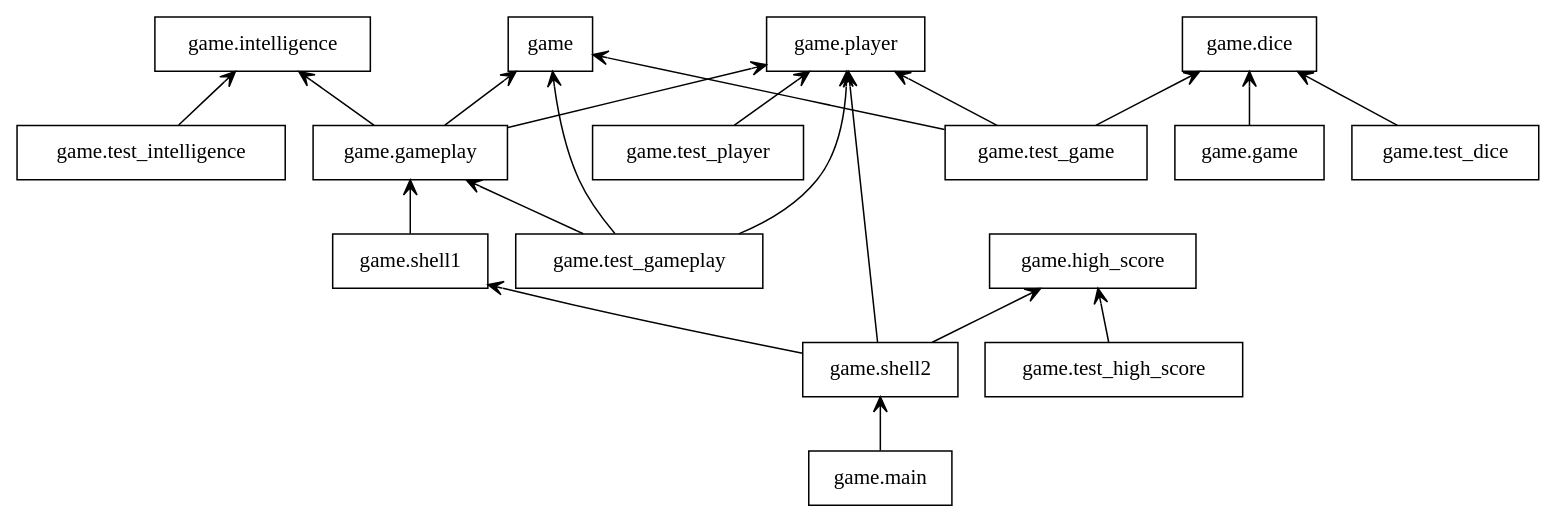
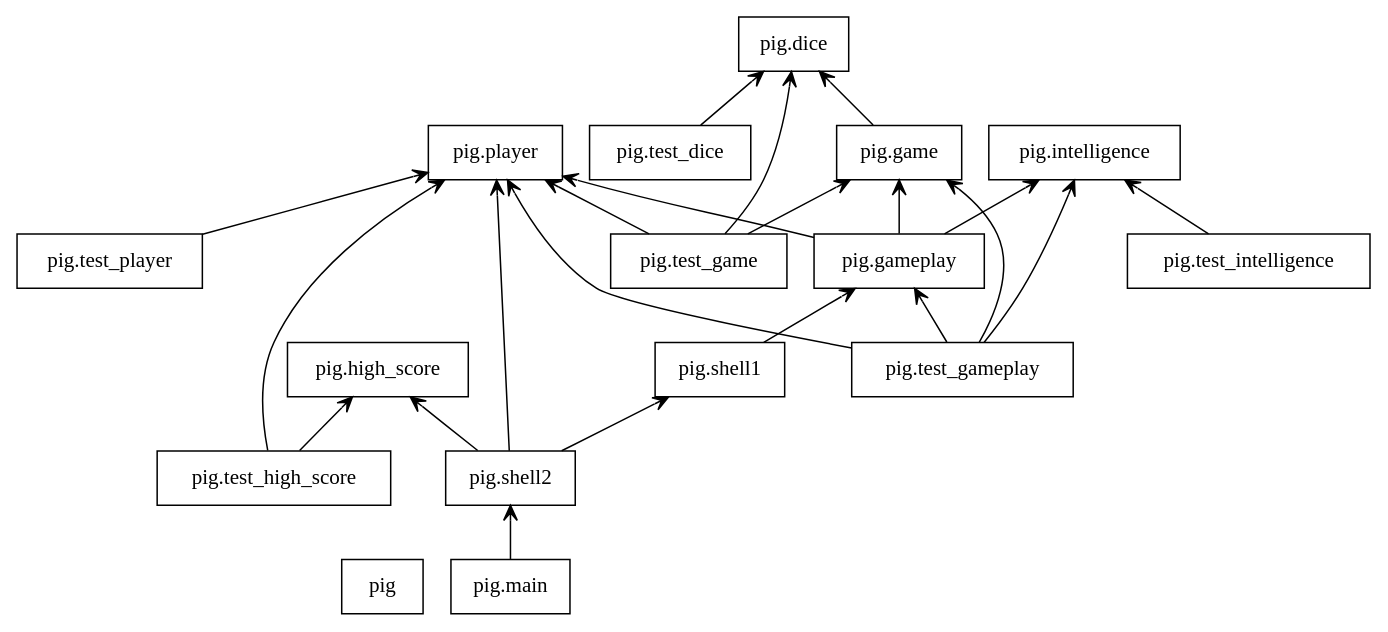
The diagram in packages.dot (olofthornell/PigDiceGame), drawn with Graphviz before and after one commit. The commit also changed 1 other file, not shown here.

```diff
--- a/packages.dot
+++ b/packages.dot
@@ -1,39 +1,41 @@
 digraph "packages" {
 rankdir=BT
 charset="utf-8"
-"game" [color="black", label=<game>, shape="box", style="solid"];
-"game.dice" [color="black", label=<game.dice>, shape="box", style="solid"];
-"game.game" [color="black", label=<game.game>, shape="box", style="solid"];
-"game.gameplay" [color="black", label=<game.gameplay>, shape="box", style="solid"];
-"game.high_score" [color="black", label=<game.high_score>, shape="box", style="solid"];
-"game.intelligence" [color="black", label=<game.intelligence>, shape="box", style="solid"];
-"game.main" [color="black", label=<game.main>, shape="box", style="solid"];
-"game.player" [color="black", label=<game.player>, shape="box", style="solid"];
-"game.shell1" [color="black", label=<game.shell1>, shape="box", style="solid"];
-"game.shell2" [color="black", label=<game.shell2>, shape="box", style="solid"];
-"game.test_dice" [color="black", label=<game.test_dice>, shape="box", style="solid"];
-"game.test_game" [color="black", label=<game.test_game>, shape="box", style="solid"];
-"game.test_gameplay" [color="black", label=<game.test_gameplay>, shape="box", style="solid"];
-"game.test_high_score" [color="black", label=<game.test_high_score>, shape="box", style="solid"];
-"game.test_intelligence" [color="black", label=<game.test_intelligence>, shape="box", style="solid"];
-"game.test_player" [color="black", label=<game.test_player>, shape="box", style="solid"];
-"game.game" -> "game.dice" [arrowhead="open", arrowtail="none"];
-"game.gameplay" -> "game" [arrowhead="open", arrowtail="none"];
-"game.gameplay" -> "game.intelligence" [arrowhead="open", arrowtail="none"];
-"game.gameplay" -> "game.player" [arrowhead="open", arrowtail="none"];
-"game.main" -> "game.shell2" [arrowhead="open", arrowtail="none"];
-"game.shell1" -> "game.gameplay" [arrowhead="open", arrowtail="none"];
-"game.shell2" -> "game.high_score" [arrowhead="open", arrowtail="none"];
-"game.shell2" -> "game.player" [arrowhead="open", arrowtail="none"];
-"game.shell2" -> "game.shell1" [arrowhead="open", arrowtail="none"];
-"game.test_dice" -> "game.dice" [arrowhead="open", arrowtail="none"];
-"game.test_game" -> "game" [arrowhead="open", arrowtail="none"];
-"game.test_game" -> "game.dice" [arrowhead="open", arrowtail="none"];
-"game.test_game" -> "game.player" [arrowhead="open", arrowtail="none"];
-"game.test_gameplay" -> "game" [arrowhead="open", arrowtail="none"];
-"game.test_gameplay" -> "game.gameplay" [arrowhead="open", arrowtail="none"];
-"game.test_gameplay" -> "game.player" [arrowhead="open", arrowtail="none"];
-"game.test_high_score" -> "game.high_score" [arrowhead="open", arrowtail="none"];
-"game.test_intelligence" -> "game.intelligence" [arrowhead="open", arrowtail="none"];
-"game.test_player" -> "game.player" [arrowhead="open", arrowtail="none"];
+"pig" [color="black", label=<pig>, shape="box", style="solid"];
+"pig.dice" [color="black", label=<pig.dice>, shape="box", style="solid"];
+"pig.game" [color="black", label=<pig.game>, shape="box", style="solid"];
+"pig.gameplay" [color="black", label=<pig.gameplay>, shape="box", style="solid"];
+"pig.high_score" [color="black", label=<pig.high_score>, shape="box", style="solid"];
+"pig.intelligence" [color="black", label=<pig.intelligence>, shape="box", style="solid"];
+"pig.main" [color="black", label=<pig.main>, shape="box", style="solid"];
+"pig.player" [color="black", label=<pig.player>, shape="box", style="solid"];
+"pig.shell1" [color="black", label=<pig.shell1>, shape="box", style="solid"];
+"pig.shell2" [color="black", label=<pig.shell2>, shape="box", style="solid"];
+"pig.test_dice" [color="black", label=<pig.test_dice>, shape="box", style="solid"];
+"pig.test_game" [color="black", label=<pig.test_game>, shape="box", style="solid"];
+"pig.test_gameplay" [color="black", label=<pig.test_gameplay>, shape="box", style="solid"];
+"pig.test_high_score" [color="black", label=<pig.test_high_score>, shape="box", style="solid"];
+"pig.test_intelligence" [color="black", label=<pig.test_intelligence>, shape="box", style="solid"];
+"pig.test_player" [color="black", label=<pig.test_player>, shape="box", style="solid"];
+"pig.game" -> "pig.dice" [arrowhead="open", arrowtail="none"];
+"pig.gameplay" -> "pig.game" [arrowhead="open", arrowtail="none"];
+"pig.gameplay" -> "pig.intelligence" [arrowhead="open", arrowtail="none"];
+"pig.gameplay" -> "pig.player" [arrowhead="open", arrowtail="none"];
+"pig.main" -> "pig.shell2" [arrowhead="open", arrowtail="none"];
+"pig.shell1" -> "pig.gameplay" [arrowhead="open", arrowtail="none"];
+"pig.shell2" -> "pig.high_score" [arrowhead="open", arrowtail="none"];
+"pig.shell2" -> "pig.player" [arrowhead="open", arrowtail="none"];
+"pig.shell2" -> "pig.shell1" [arrowhead="open", arrowtail="none"];
+"pig.test_dice" -> "pig.dice" [arrowhead="open", arrowtail="none"];
+"pig.test_game" -> "pig.dice" [arrowhead="open", arrowtail="none"];
+"pig.test_game" -> "pig.game" [arrowhead="open", arrowtail="none"];
+"pig.test_game" -> "pig.player" [arrowhead="open", arrowtail="none"];
+"pig.test_gameplay" -> "pig.game" [arrowhead="open", arrowtail="none"];
+"pig.test_gameplay" -> "pig.gameplay" [arrowhead="open", arrowtail="none"];
+"pig.test_gameplay" -> "pig.intelligence" [arrowhead="open", arrowtail="none"];
+"pig.test_gameplay" -> "pig.player" [arrowhead="open", arrowtail="none"];
+"pig.test_high_score" -> "pig.high_score" [arrowhead="open", arrowtail="none"];
+"pig.test_high_score" -> "pig.player" [arrowhead="open", arrowtail="none"];
+"pig.test_intelligence" -> "pig.intelligence" [arrowhead="open", arrowtail="none"];
+"pig.test_player" -> "pig.player" [arrowhead="open", arrowtail="none"];
 }
```
